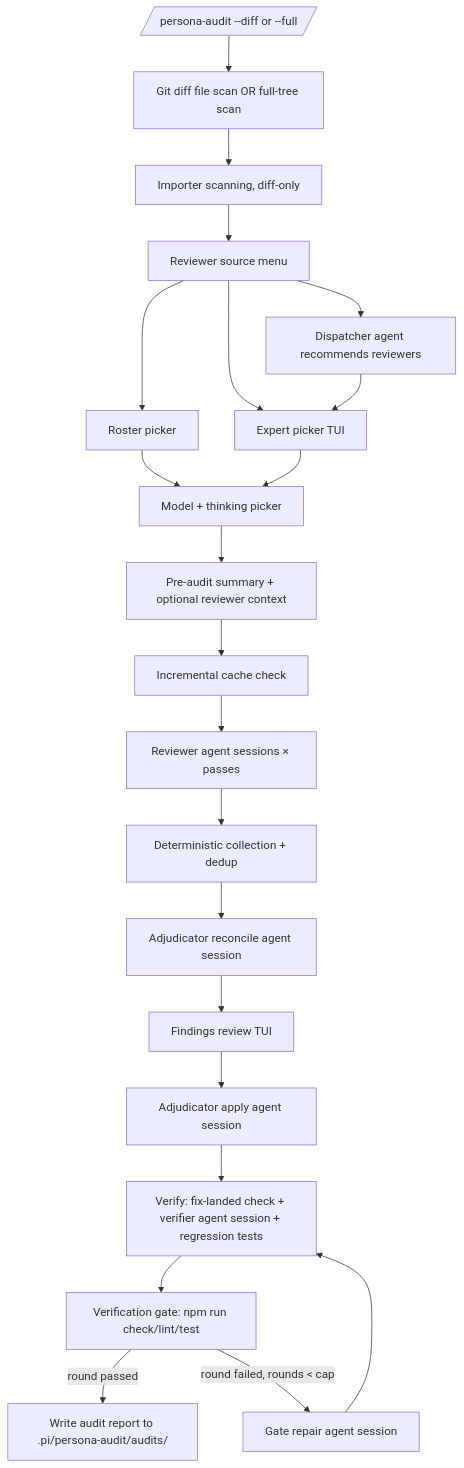
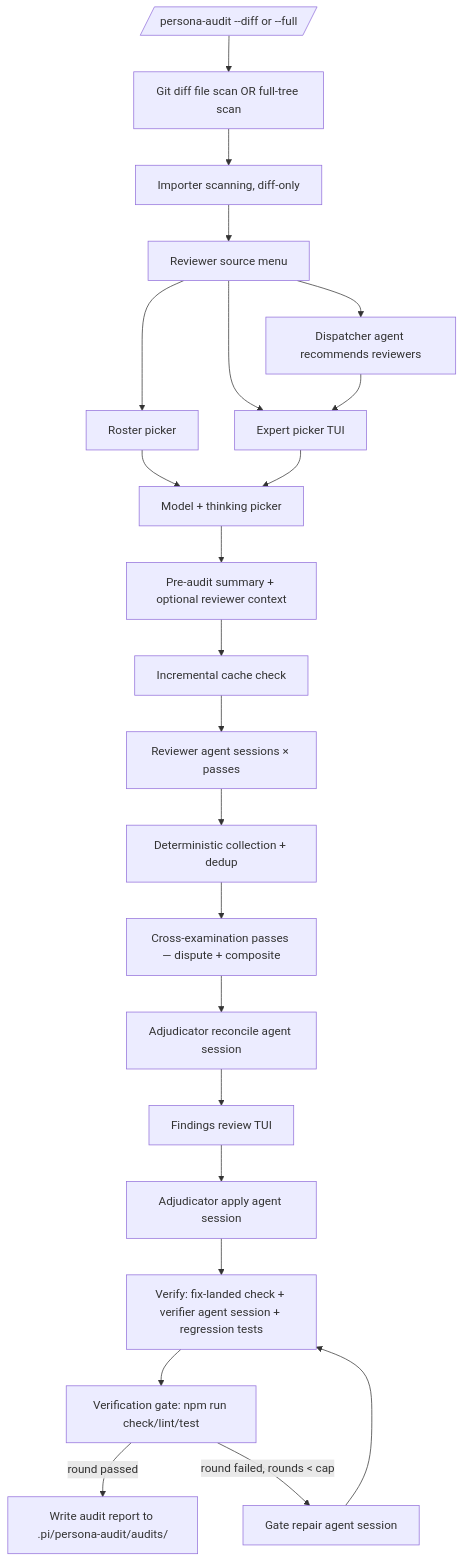
Before and after one commit to underactive/pi-topping-persona-audit: the diagram in README.md, drawn with Mermaid. The commit also changed other lines of this file and 20 other files, not shown here.

Commit message:
feat(review): add reviewer cross-examination passes

````diff
--- a/README.md
+++ b/README.md
@@ -208,24 +210,25 @@
 ```mermaid
 flowchart TD
   A[/persona-audit --diff or --full/] --> B[Git diff file scan OR full-tree scan]
   B --> C[Importer scanning, diff-only]
   C --> D0[Reviewer source menu]
   D0 --> D1[Dispatcher agent recommends reviewers]
   D0 --> DR[Roster picker]
   D0 --> D[Expert picker TUI]
   D1 --> D
   DR --> D2[Model + thinking picker]
   D --> D2
   D2 --> D3[Pre-audit summary + optional reviewer context]
   D3 --> E[Incremental cache check]
   E --> F[Reviewer agent sessions × passes]
   F --> G[Deterministic collection + dedup]
-  G --> H[Adjudicator reconcile agent session]
+  G --> G1[Cross-examination passes — dispute + composite]
+  G1 --> H[Adjudicator reconcile agent session]
   H --> I[Findings review TUI]
   I --> J[Adjudicator apply agent session]
   J --> K1[Verify: fix-landed check + verifier agent session + regression tests]
   K1 --> K2[Verification gate: npm run check/lint/test]
   K2 -->|round passed| L[Write audit report to .pi/persona-audit/audits/]
   K2 -->|round failed, rounds < cap| M[Gate repair agent session]
   M --> K1
 ```
````
